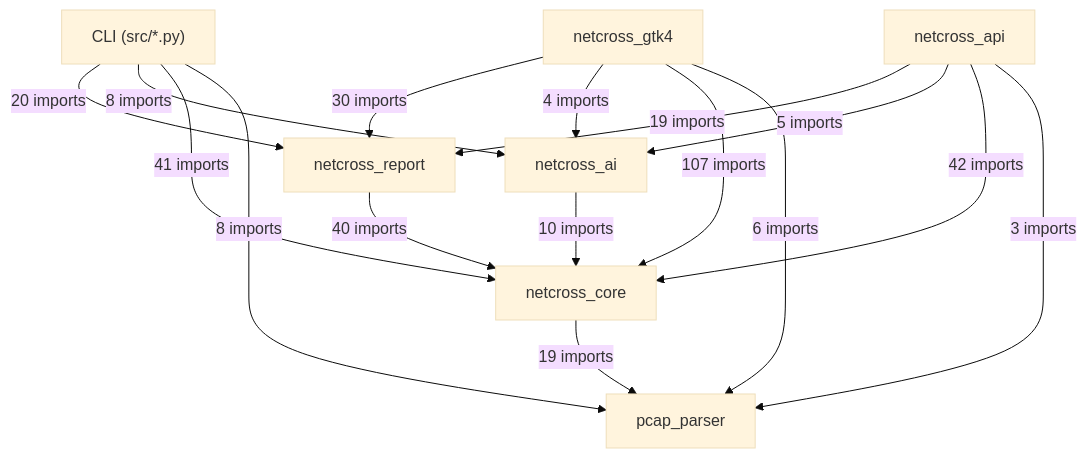
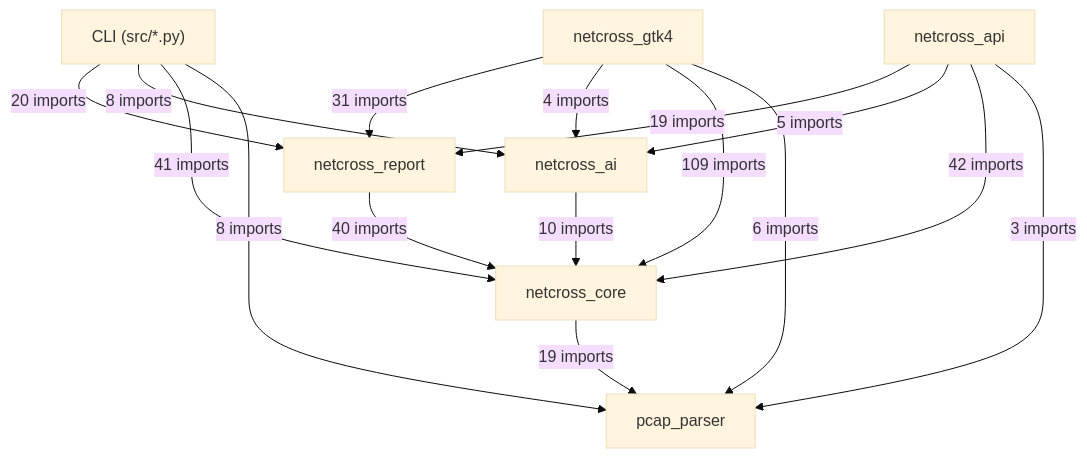
The first of 20 diagrams in docs/class-diagram.md (Mathide-Team/Netcross), drawn with Mermaid (base theme) before and after one commit. The commit also changed other lines of this file and 6 other files, not shown here.

````diff
--- a/docs/class-diagram.md
+++ b/docs/class-diagram.md
@@ -26,25 +26,25 @@
 ```mermaid
 flowchart TD
     CLI["CLI (src/*.py)"]
     netcross_gtk4["netcross_gtk4"]
     netcross_api["netcross_api"]
     netcross_report["netcross_report"]
     netcross_ai["netcross_ai"]
     netcross_core["netcross_core"]
     pcap_parser["pcap_parser"]
     CLI -->|"20 imports"| netcross_report
     CLI -->|"8 imports"| netcross_ai
     CLI -->|"41 imports"| netcross_core
     CLI -->|"8 imports"| pcap_parser
-    netcross_gtk4 -->|"30 imports"| netcross_report
+    netcross_gtk4 -->|"31 imports"| netcross_report
     netcross_gtk4 -->|"4 imports"| netcross_ai
-    netcross_gtk4 -->|"107 imports"| netcross_core
+    netcross_gtk4 -->|"109 imports"| netcross_core
     netcross_gtk4 -->|"6 imports"| pcap_parser
     netcross_api -->|"19 imports"| netcross_report
     netcross_api -->|"5 imports"| netcross_ai
     netcross_api -->|"42 imports"| netcross_core
     netcross_api -->|"3 imports"| pcap_parser
     netcross_report -->|"40 imports"| netcross_core
     netcross_ai -->|"10 imports"| netcross_core
     netcross_core -->|"19 imports"| pcap_parser
 ```
````
